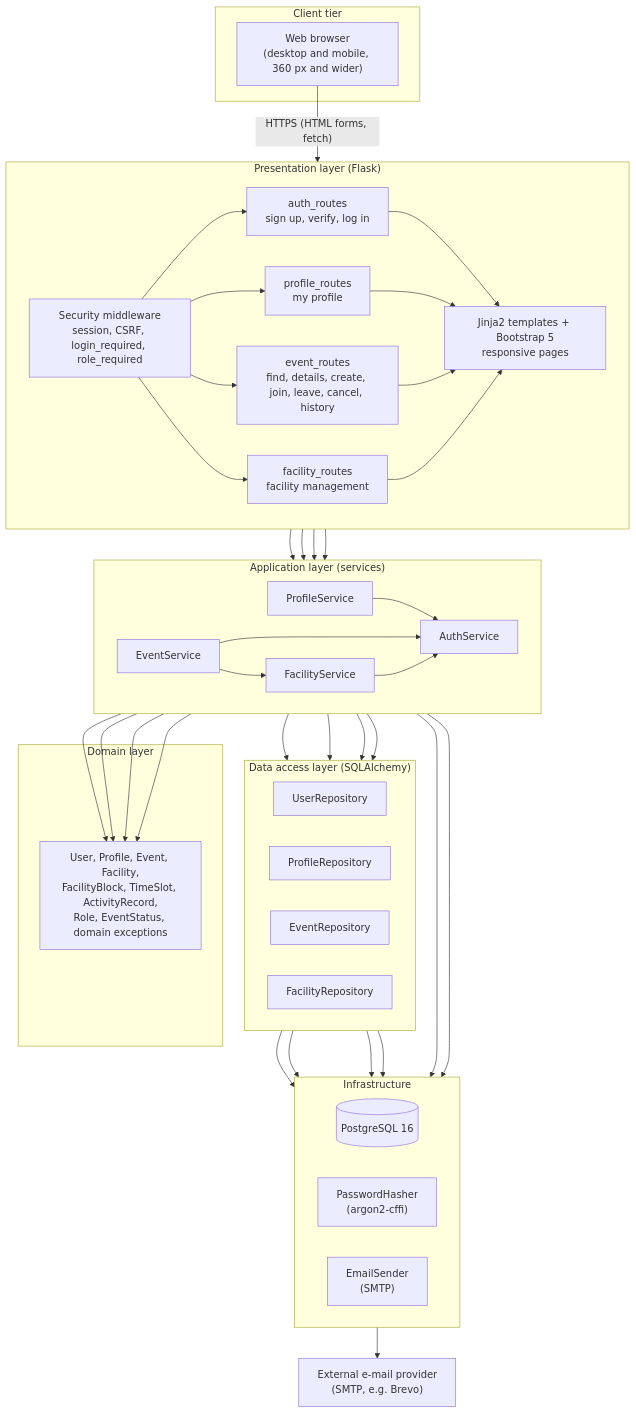
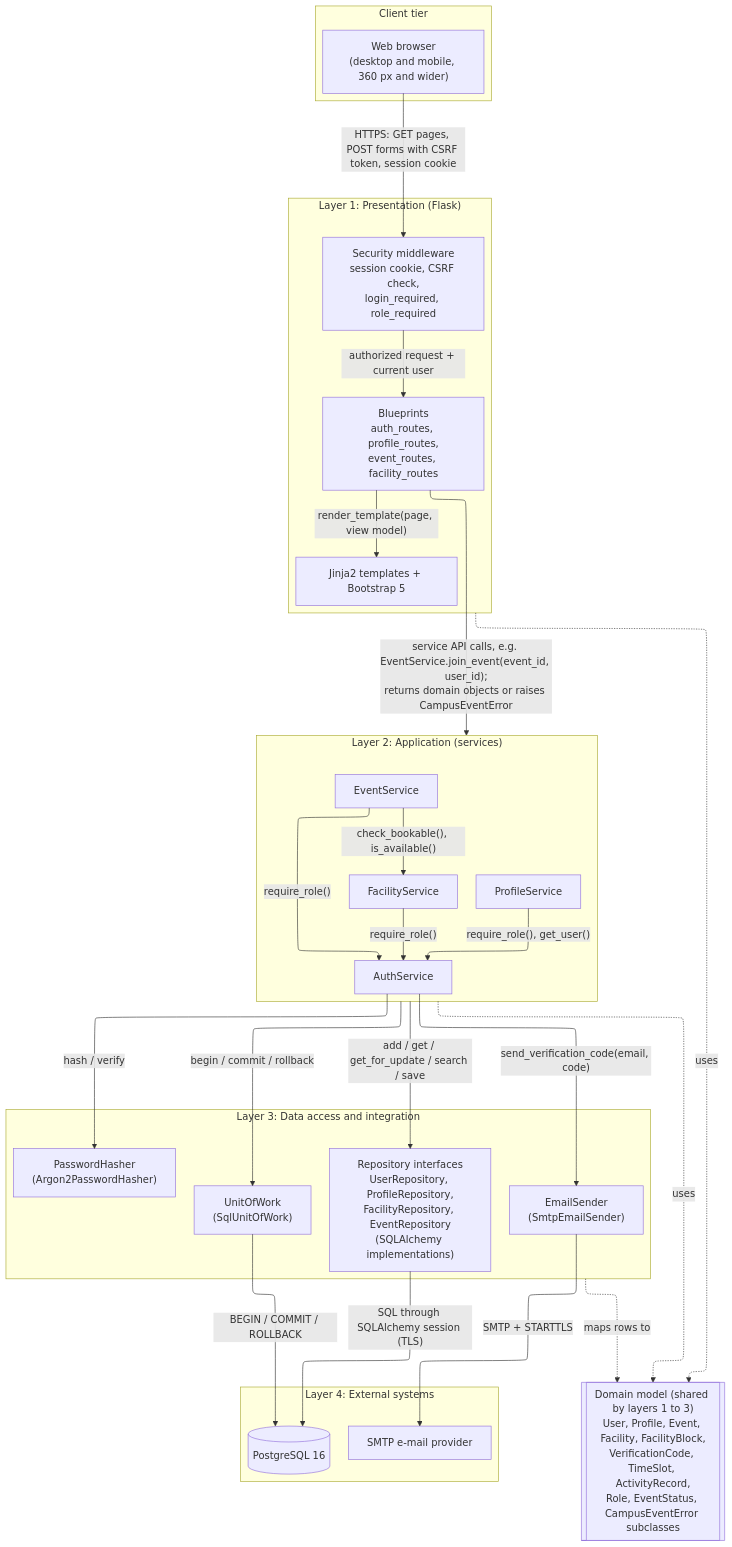
One commit to emir-heval-arda-harun/CMPE-331-project changed the diagram in docs/design/arch/layered_architecture.mmd. Above: the diagram before and after it, drawn with Mermaid. The commit also changed 31 other files, not shown here.

First line of the commit message:
Address design review: labelled interfaces, strict layering, consistent diagrams

```diff
--- a/docs/design/arch/layered_architecture.mmd
+++ b/docs/design/arch/layered_architecture.mmd
@@ -1,58 +1,56 @@
+---
+config:
+  layout: elk
+  elk:
+    nodePlacementStrategy: BRANDES_KOEPF
+---
 flowchart TB
-    subgraph Client["Client tier"]
+    subgraph CL["Client tier"]
         B["Web browser<br/>(desktop and mobile, 360 px and wider)"]
     end
-    subgraph Web["Presentation layer (Flask)"]
-        direction LR
-        AR["auth_routes<br/>sign up, verify, log in"]
-        PR["profile_routes<br/>my profile"]
-        ER["event_routes<br/>find, details, create, join, leave, cancel, history"]
-        FR["facility_routes<br/>facility management"]
-        TPL["Jinja2 templates + Bootstrap 5<br/>responsive pages"]
-        SEC["Security middleware<br/>session, CSRF, login_required, role_required"]
+
+    subgraph PL["Layer 1: Presentation (Flask)"]
+        SEC["Security middleware<br/>session cookie, CSRF check,<br/>login_required, role_required"]
+        BP["Blueprints<br/>auth_routes, profile_routes,<br/>event_routes, facility_routes"]
+        TPL["Jinja2 templates + Bootstrap 5"]
     end
-    subgraph App["Application layer (services)"]
-        direction LR
+
+    subgraph AL["Layer 2: Application (services)"]
         AS["AuthService"]
         PS["ProfileService"]
+        FS["FacilityService"]
         ES["EventService"]
-        FS["FacilityService"]
     end
-    subgraph Domain["Domain layer"]
-        DM["User, Profile, Event, Facility,<br/>FacilityBlock, TimeSlot, ActivityRecord,<br/>Role, EventStatus, domain exceptions"]
+
+    subgraph DL["Layer 3: Data access and integration"]
+        REPO["Repository interfaces<br/>UserRepository, ProfileRepository,<br/>FacilityRepository, EventRepository<br/>(SQLAlchemy implementations)"]
+        UOW["UnitOfWork<br/>(SqlUnitOfWork)"]
+        PH["PasswordHasher<br/>(Argon2PasswordHasher)"]
+        MAIL["EmailSender<br/>(SmtpEmailSender)"]
     end
-    subgraph Data["Data access layer (SQLAlchemy)"]
-        direction LR
-        UR["UserRepository"]
-        PRR["ProfileRepository"]
-        EVR["EventRepository"]
-        FAR["FacilityRepository"]
+
+    subgraph EXT["Layer 4: External systems"]
+        DB[("PostgreSQL 16")]
+        SMTP["SMTP e-mail provider"]
     end
-    subgraph Infra["Infrastructure"]
-        direction LR
-        DB[("PostgreSQL 16")]
-        PH["PasswordHasher<br/>(argon2-cffi)"]
-        MAIL["EmailSender<br/>(SMTP)"]
-    end
-    EXT["External e-mail provider<br/>(SMTP, e.g. Brevo)"]
 
-    B -- "HTTPS (HTML forms, fetch)" --> SEC
-    SEC --> AR & PR & ER & FR
-    AR & PR & ER & FR --> TPL
-    AR --> AS
-    PR --> PS
-    ER --> ES
-    FR --> FS
-    ES --> FS
-    PS --> AS
-    ES --> AS
-    FS --> AS
-    AS & PS & ES & FS --> DM
-    AS --> UR
-    PS --> PRR
-    ES --> EVR
-    FS --> FAR
-    AS --> PH
-    AS --> MAIL
-    UR & PRR & EVR & FAR --> DB
-    MAIL --> EXT
+    DOM[["Domain model (shared by layers 1 to 3)<br/>User, Profile, Event, Facility, FacilityBlock,<br/>VerificationCode, TimeSlot, ActivityRecord,<br/>Role, EventStatus, CampusEventError subclasses"]]
+
+    B -- "HTTPS: GET pages, POST forms with CSRF token, session cookie" --> SEC
+    SEC -- "authorized request + current user" --> BP
+    BP -- "render_template(page, view model)" --> TPL
+    BP -- "service API calls, e.g. EventService.join_event(event_id, user_id);<br/>returns domain objects or raises CampusEventError" --> AL
+    PS -- "require_role(), get_user()" --> AS
+    FS -- "require_role()" --> AS
+    ES -- "require_role()" --> AS
+    ES -- "check_bookable(), is_available()" --> FS
+    AL -- "add / get / get_for_update / search / save" --> REPO
+    AL -- "begin / commit / rollback" --> UOW
+    AS -- "hash / verify" --> PH
+    AS -- "send_verification_code(email, code)" --> MAIL
+    REPO -- "SQL through SQLAlchemy session (TLS)" --> DB
+    UOW -- "BEGIN / COMMIT / ROLLBACK" --> DB
+    MAIL -- "SMTP + STARTTLS" --> SMTP
+    PL -. "uses" .-> DOM
+    AL -. "uses" .-> DOM
+    DL -. "maps rows to" .-> DOM
```
